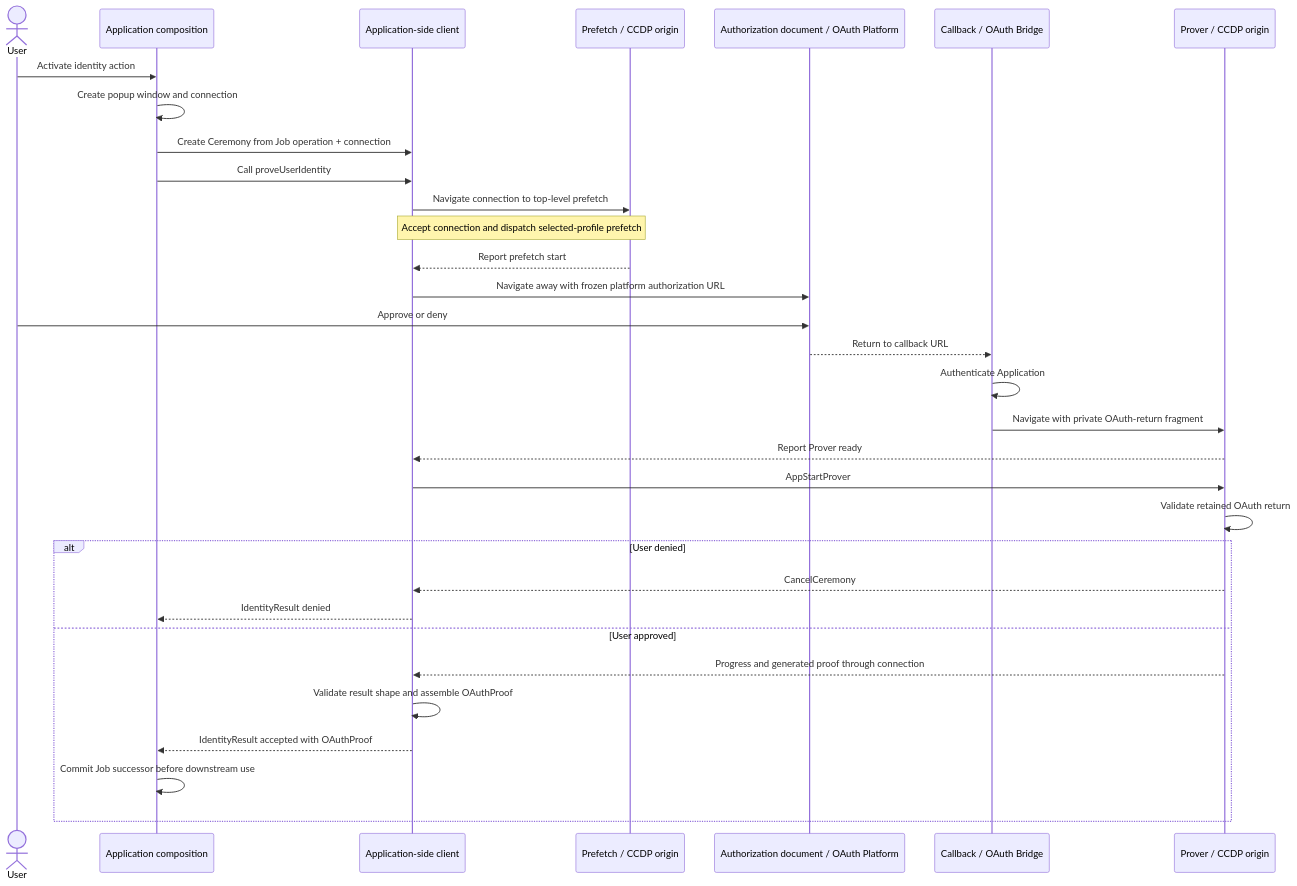
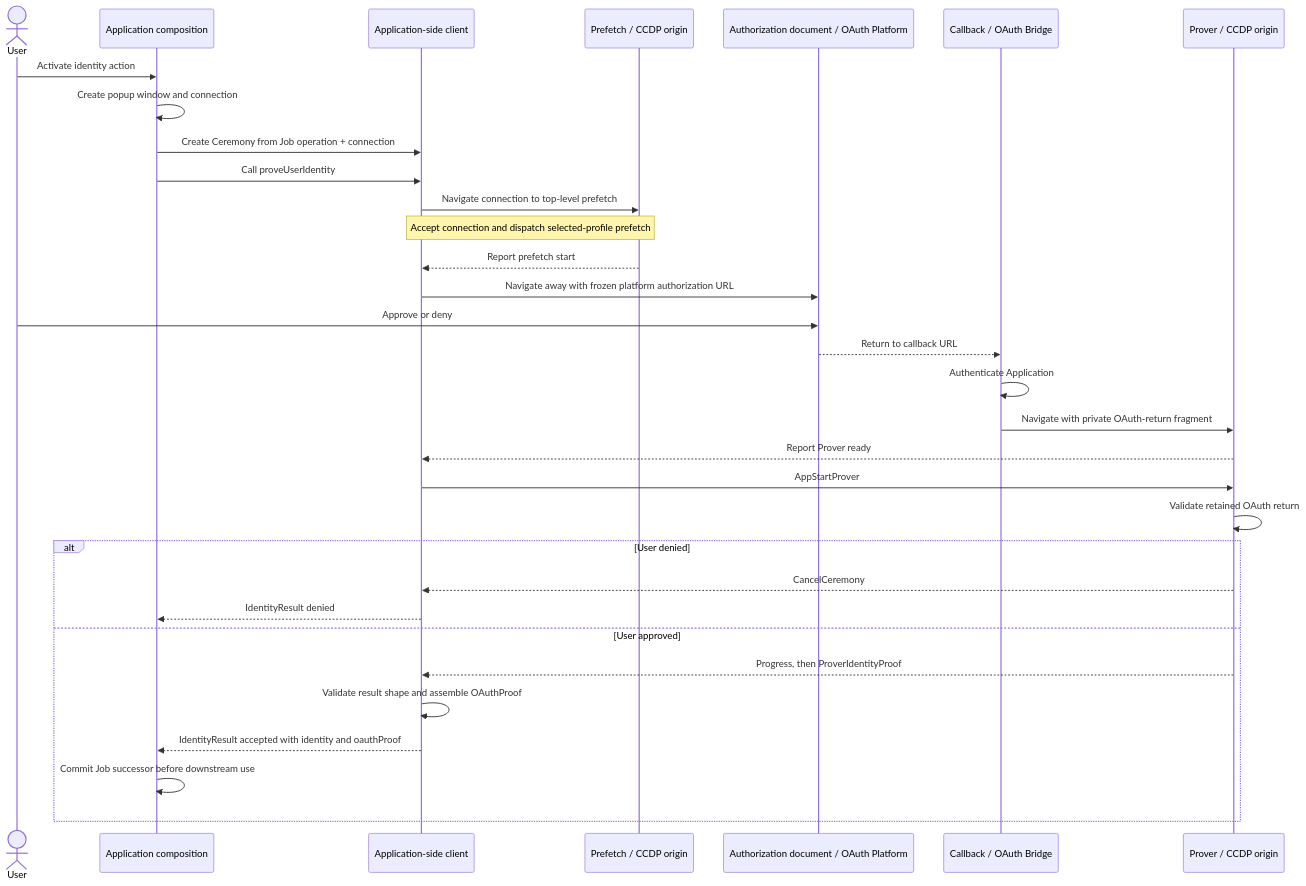
Before and after one commit to libid-org/libid: the diagram in ts/packages/ceremony/ARCHITECTURE.md, drawn with Mermaid. The commit also changed other lines of this file and 3 other files, not shown here.

First line of the commit message:
docs(ceremony): separate identity from OAuth proofs

````diff
--- a/ts/packages/ceremony/ARCHITECTURE.md
+++ b/ts/packages/ceremony/ARCHITECTURE.md
@@ -45,35 +45,35 @@
 ```mermaid
 sequenceDiagram
     actor U as User
     participant A as Application composition
     participant C as Application-side client
     participant F as Prefetch / CCDP origin
     participant O as Authorization document / OAuth Platform
     participant P as Callback / OAuth Bridge
     participant R as Prover / CCDP origin
 
     U->>A: Activate identity action
     A->>A: Create popup window and connection
     A->>C: Create Ceremony from Job operation + connection
     A->>C: Call proveUserIdentity
     C->>F: Navigate connection to top-level prefetch
     Note over C,F: Accept connection and dispatch selected-profile prefetch
     F-->>C: Report prefetch start
     C->>O: Navigate away with frozen platform authorization URL
     U->>O: Approve or deny
     O-->>P: Return to callback URL
     P->>P: Authenticate Application
     P->>R: Navigate with private OAuth-return fragment
     R-->>C: Report Prover ready
     C->>R: AppStartProver
     R->>R: Validate retained OAuth return
     alt User denied
         R-->>C: CancelCeremony
         C-->>A: IdentityResult denied
     else User approved
-        R-->>C: Progress and generated proof through connection
+        R-->>C: Progress, then ProverIdentityProof
         C->>C: Validate result shape and assemble OAuthProof
-        C-->>A: IdentityResult accepted with OAuthProof
+        C-->>A: IdentityResult accepted with identity and oauthProof
         A->>A: Commit Job successor before downstream use
     end
 ```
````
